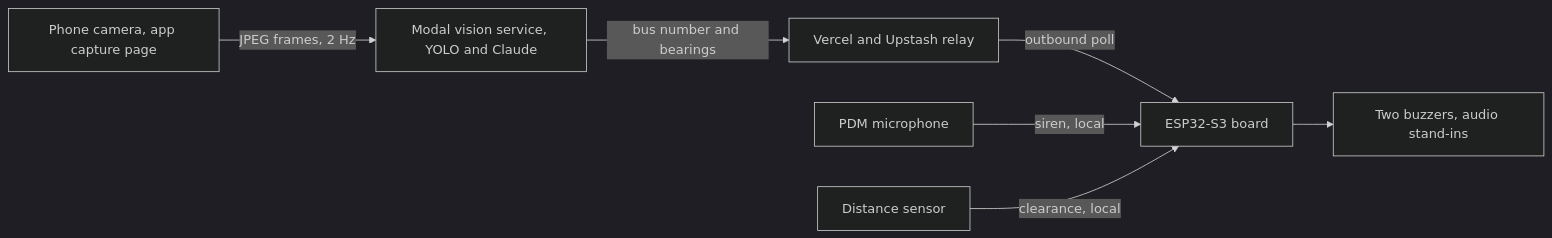
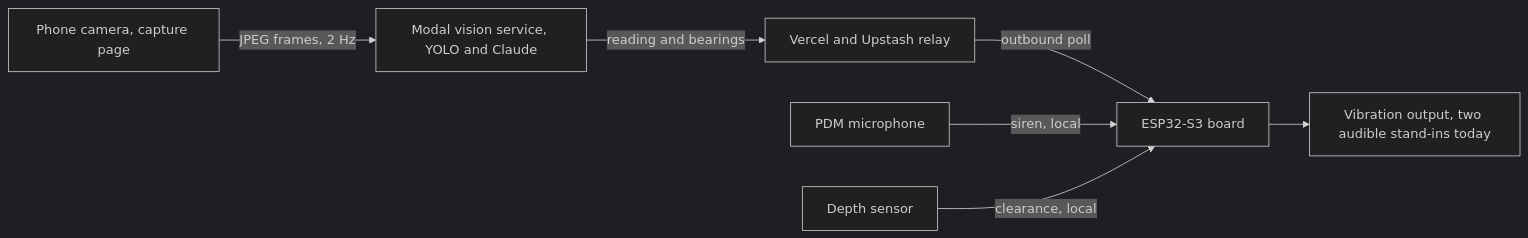
One commit to haider-toha/axiometa-ant-hack changed the diagram in README.md. Above: the diagram before and after it, drawn with Mermaid (dark theme). The commit also changed other lines of this file and 462 other files, not shown here.

````diff
--- a/README.md
+++ b/README.md
@@ -23,9 +52,9 @@
 ```mermaid
 flowchart LR
-  cam["Phone camera, app capture page"] -->|"JPEG frames, 2 Hz"| modal["Modal vision service, YOLO and Claude"]
-  modal -->|"bus number and bearings"| relay["Vercel and Upstash relay"]
+  cam["Phone camera, capture page"] -->|"JPEG frames, 2 Hz"| modal["Modal vision service, YOLO and Claude"]
+  modal -->|"reading and bearings"| relay["Vercel and Upstash relay"]
   relay -->|"outbound poll"| board["ESP32-S3 board"]
   mic["PDM microphone"] -->|"siren, local"| board
-  tof["Distance sensor"] -->|"clearance, local"| board
-  board --> buzz["Two buzzers, audio stand-ins"]
+  depth["Depth sensor"] -->|"clearance, local"| board
+  board --> out["Vibration output, two audible stand-ins today"]
 ```
````
